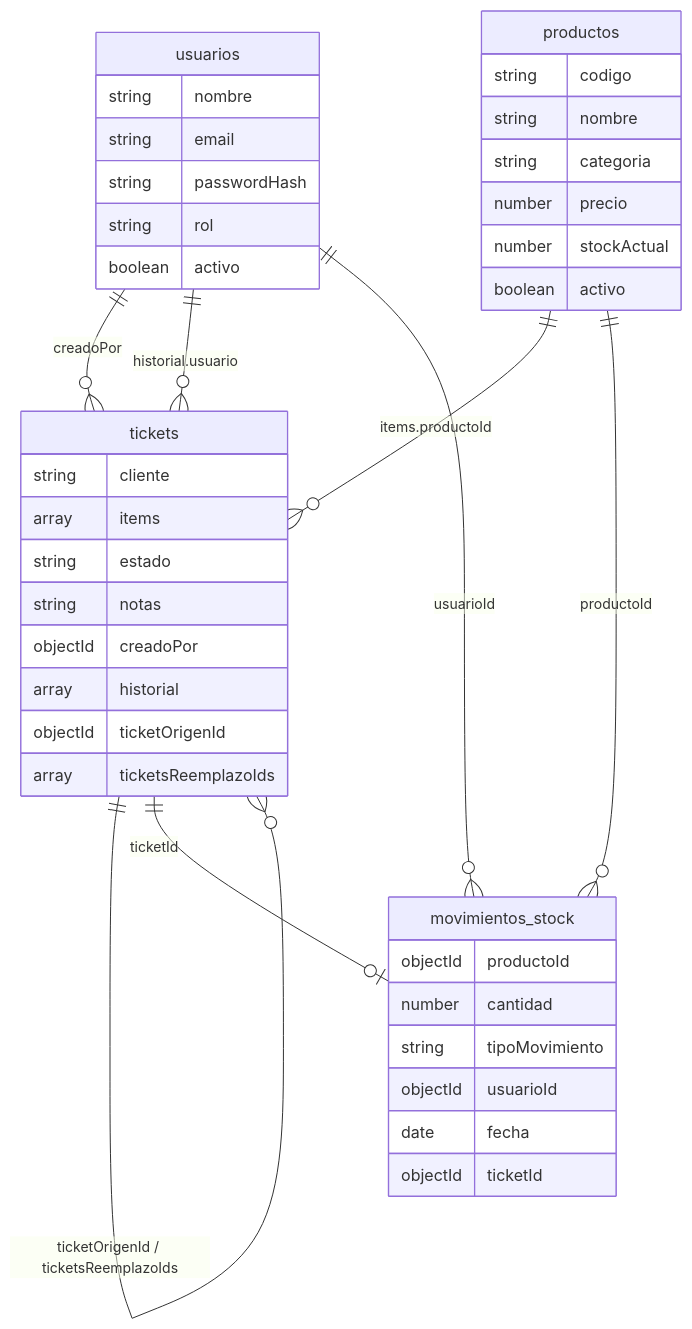
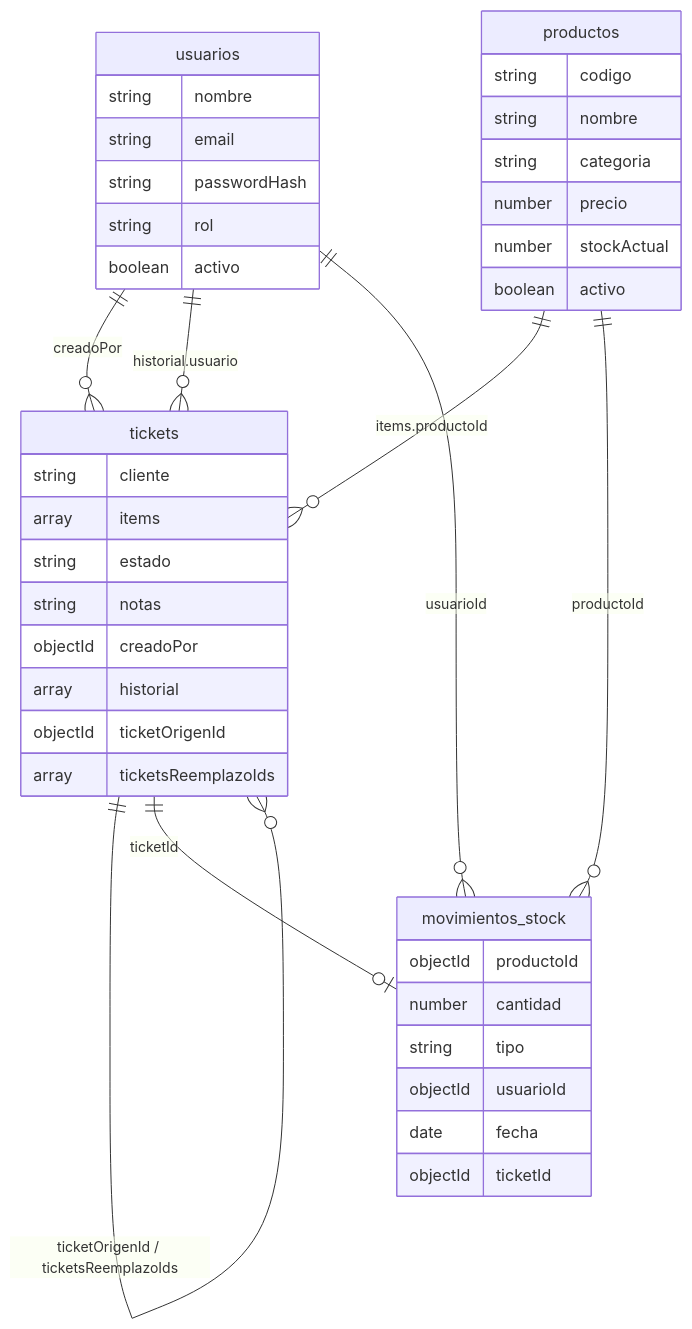
The second of 2 diagrams in docs/Majito_Esquema_Base_de_Datos_V2.md (Santir9515/majito), drawn with Mermaid before and after one commit. The commit also changed other lines of this file, not shown here.

````diff
--- a/docs/Majito_Esquema_Base_de_Datos_V2.md
+++ b/docs/Majito_Esquema_Base_de_Datos_V2.md
@@ -119,44 +119,44 @@
 ```mermaid
 erDiagram
     usuarios ||--o{ tickets : "creadoPor"
     usuarios ||--o{ tickets : "historial.usuario"
     productos ||--o{ tickets : "items.productoId"
     tickets ||--o{ tickets : "ticketOrigenId / ticketsReemplazoIds"
     productos ||--o{ movimientos_stock : "productoId"
     usuarios ||--o{ movimientos_stock : "usuarioId"
     tickets ||--o| movimientos_stock : "ticketId"
 
     usuarios {
         string nombre
         string email
         string passwordHash
         string rol
         boolean activo
     }
     productos {
         string codigo
         string nombre
         string categoria
         number precio
         number stockActual
         boolean activo
     }
     tickets {
         string cliente
         array items
         string estado
         string notas
         objectId creadoPor
         array historial
         objectId ticketOrigenId
         array ticketsReemplazoIds
     }
     movimientos_stock {
         objectId productoId
         number cantidad
-        string tipoMovimiento
+        string tipo
         objectId usuarioId
         date fecha
         objectId ticketId
     }
 ```
````
